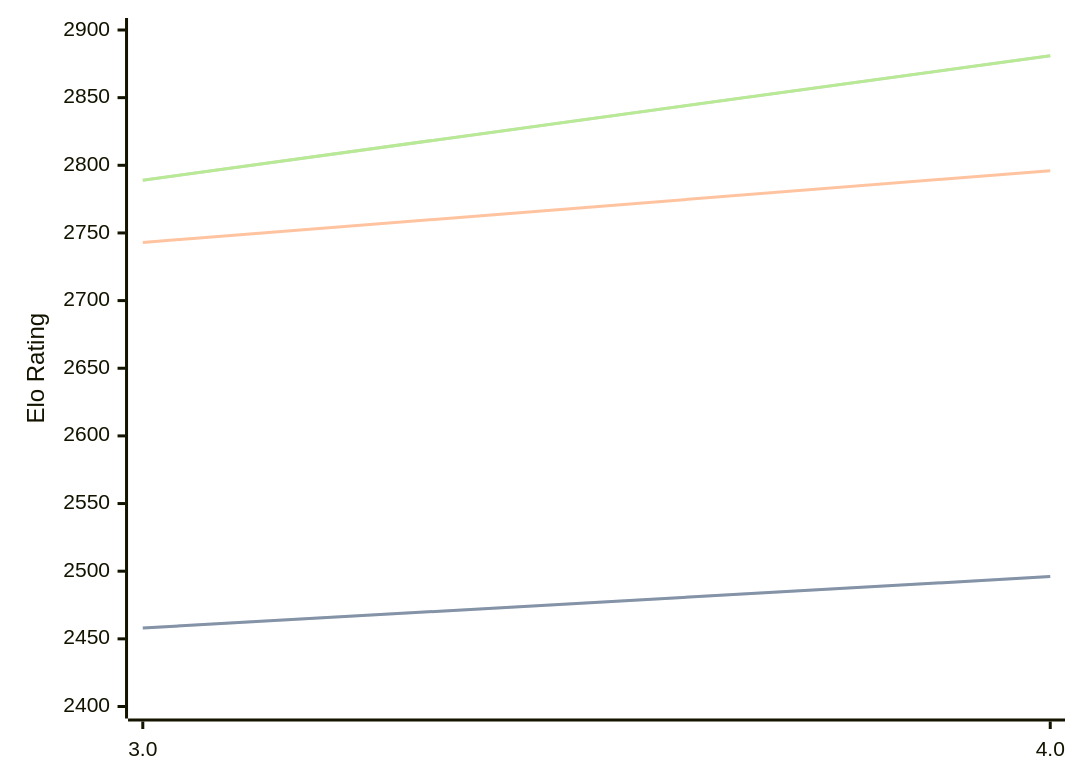
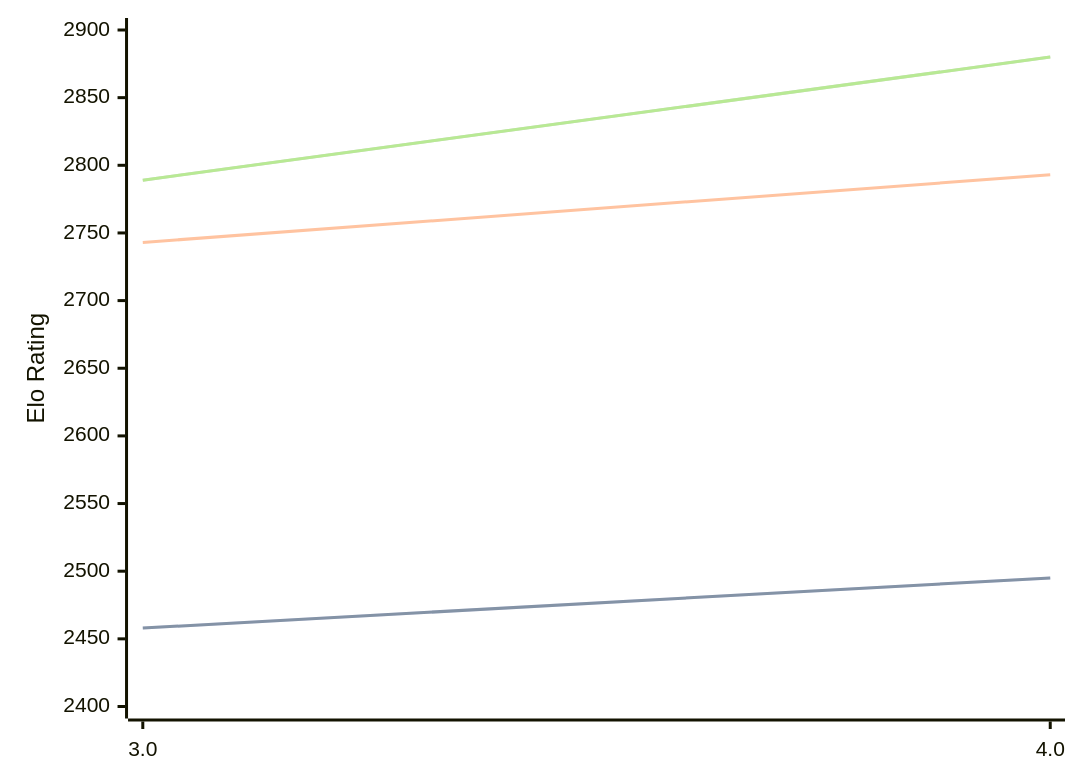
The diagram in engines/Chess3.md (computer-chess-index/cci), drawn with Mermaid before and after one commit. The commit also changed other lines of this file, not shown here.

Commit message:
Update CCI Ratings (ELO VLTC) - 2026-08-07

````diff
--- a/engines/Chess3.md
+++ b/engines/Chess3.md
@@ -32,11 +32,11 @@
 ```mermaid
 %%{init: {"theme":"base","themeVariables":{"seriesColors:['#a3a3a3','#222221','#faa371']}}}%%
 xychart-beta
   x-axis ["3.0", "4.0"]
   y-axis "Elo Rating" 2400 --> 2900
-  line "STC (8.0+0.08s)" [2458, 2496]
-  line "STC (8.0+0.08s)" [2458, 2496]
-  line "LTC (60.0+0.60s)" [2743, 2796]
-  line "VLTC (2m24s+1.12s)" [2789, 2881]
-  line "VLTC (2m24s+1.12s)" [2789, 2881]
+  line "STC (8.0+0.08s)" [2458, 2495]
+  line "STC (8.0+0.08s)" [2458, 2495]
+  line "LTC (60.0+0.60s)" [2743, 2793]
+  line "VLTC (2m24s+1.12s)" [2789, 2880]
+  line "VLTC (2m24s+1.12s)" [2789, 2880]
 ```
````
